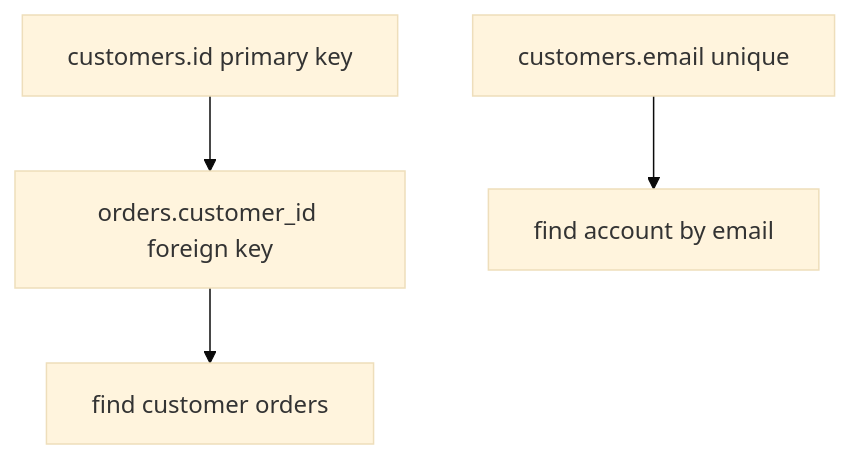
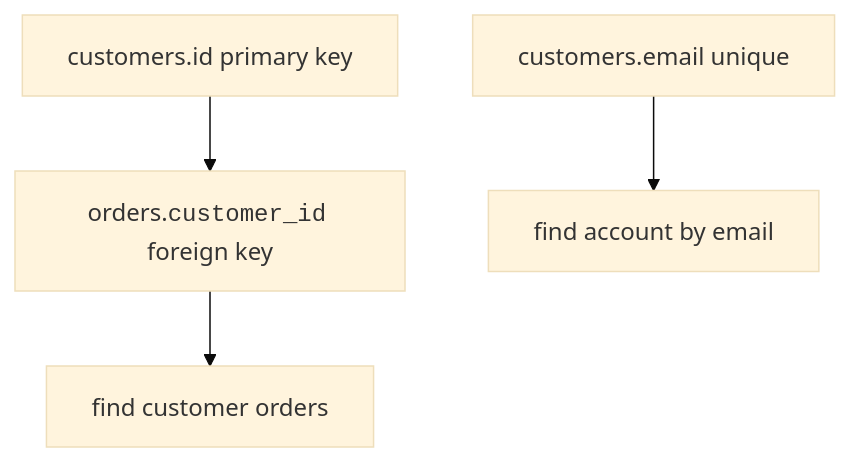
Before and after one commit to dataslope/dataslope: the fourth of 7 diagrams in content/learn/database-design-postgresql/design-and-scale.mdx, drawn with Mermaid (base theme). The commit also changed other lines of this file and 153 other files, not shown here.

First line of the commit message:
Render code-only mermaid shapes in monospace; convert step sequences to Steps

````diff
--- a/content/learn/database-design-postgresql/design-and-scale.mdx
+++ b/content/learn/database-design-postgresql/design-and-scale.mdx
@@ -94,6 +94,6 @@
 ```mermaid
 flowchart TD
-    Customer["customers.id primary key"] --> OrderFK["orders.customer_id foreign key"]
+    Customer["customers.id primary key"] --> OrderFK["orders.<code>customer_id</code> foreign key"]
     Email["customers.email unique"] --> AccountLookup["find account by email"]
     OrderFK --> OrderHistory["find customer orders"]
 ```
````
